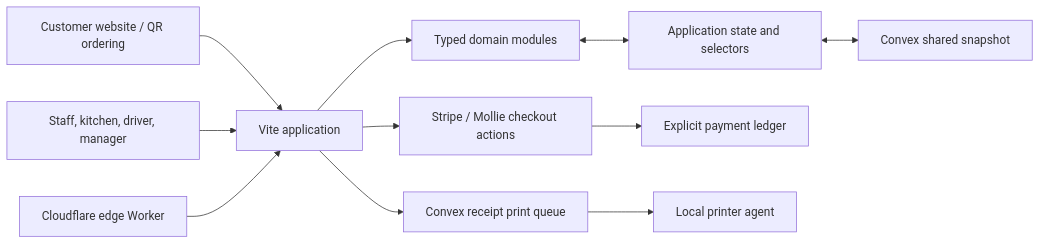
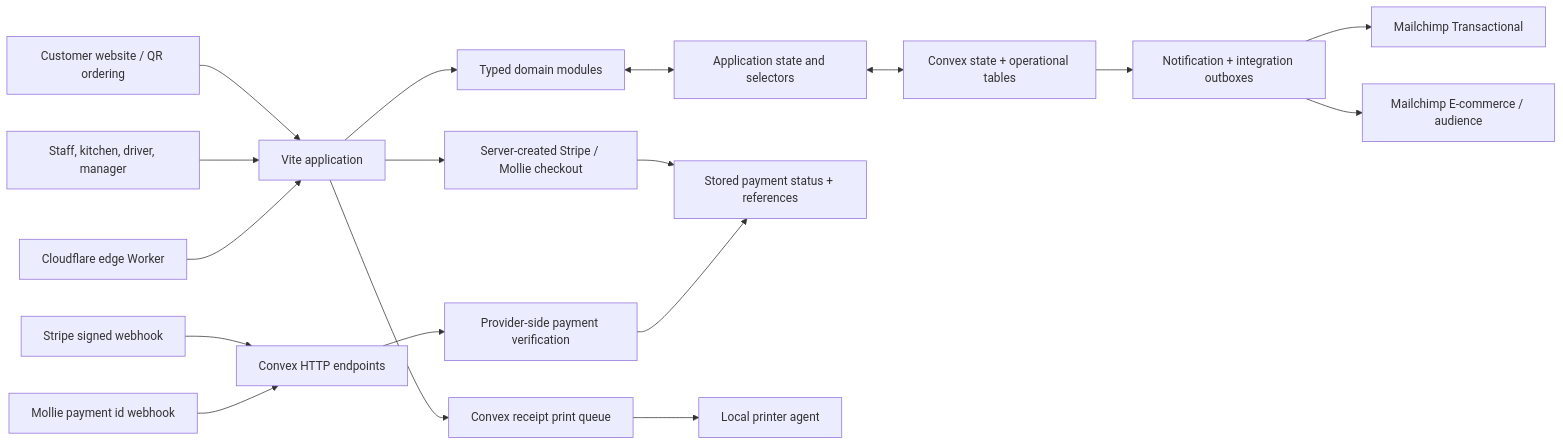
The diagram in README.md (AliKhairreddin/libabite-all-in-one-system), drawn with Mermaid before and after one commit. The commit also changed other lines of this file and 86 other files, not shown here.

````diff
--- a/README.md
+++ b/README.md
@@ -27,13 +30,20 @@
 ```mermaid
 flowchart LR
     CU["Customer website / QR ordering"] --> APP["Vite application"]
     ST["Staff, kitchen, driver, manager"] --> APP
     APP --> DOM["Typed domain modules"]
     DOM <--> STATE["Application state and selectors"]
-    STATE <--> C["Convex shared snapshot"]
-    APP --> PAY["Stripe / Mollie checkout actions"]
-    PAY --> LEDGER["Explicit payment ledger"]
+    STATE <--> C["Convex state + operational tables"]
+    APP --> PAY["Server-created Stripe / Mollie checkout"]
+    SP["Stripe signed webhook"] --> HTTP["Convex HTTP endpoints"]
+    MO["Mollie payment id webhook"] --> HTTP
+    HTTP --> VERIFY["Provider-side payment verification"]
+    PAY --> PAYMENT["Stored payment status + references"]
+    VERIFY --> PAYMENT
+    C --> OUTBOX["Notification + integration outboxes"]
+    OUTBOX --> MT["Mailchimp Transactional"]
+    OUTBOX --> MM["Mailchimp E-commerce / audience"]
     APP --> Q["Convex receipt print queue"]
     Q --> PA["Local printer agent"]
     EDGE["Cloudflare edge Worker"] --> APP
 ```
````
